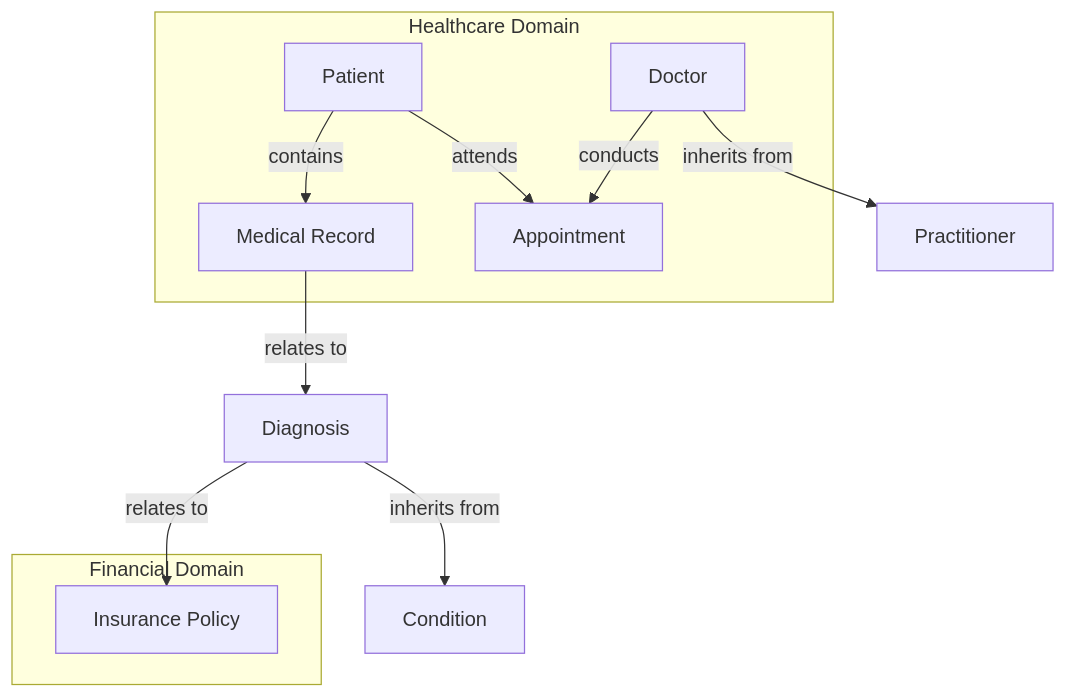
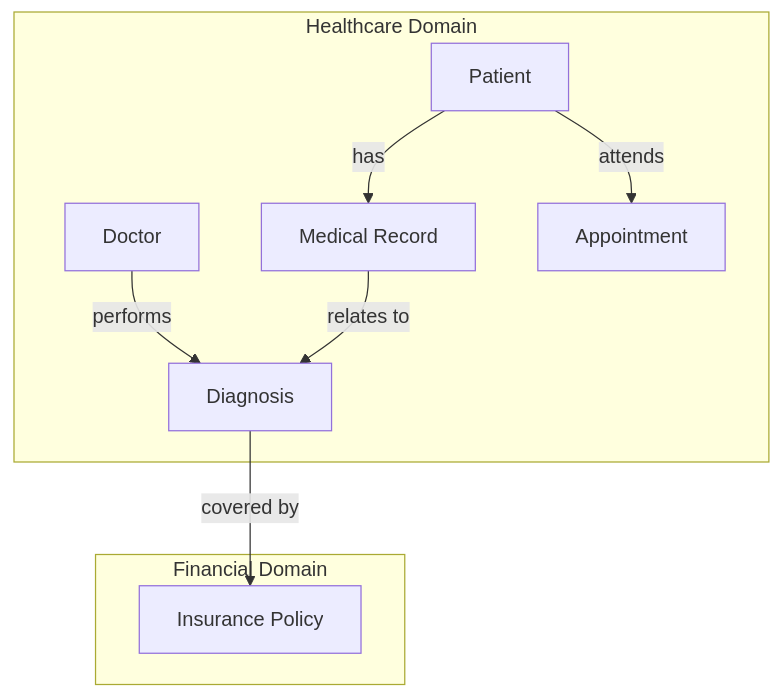
One commit to ConicuConsulting/SlappGraphs changed the second of 2 diagrams in tmp.md. Above: the diagram before and after it, drawn with Mermaid. The commit also changed other lines of this file, not shown here.

````diff
--- a/tmp.md
+++ b/tmp.md
@@ -3,23 +35,21 @@
 ```mermaid
 graph TD
 
-  subgraph Domain1[Healthcare Domain]
+  subgraph HealthcareDomain[Healthcare Domain]
     Patient[Patient]
     Doctor[Doctor]
     MedicalRecord[Medical Record]
+    Diagnosis[Diagnosis]
     Appointment[Appointment]
   end
 
-  subgraph Domain2[Financial Domain]
+  subgraph FinancialDomain[Financial Domain]
     Policy[Insurance Policy]
   end
 
-  Patient -- contains --> MedicalRecord
-  Doctor -- conducts --> Appointment
+  Patient -- has --> MedicalRecord
+  Doctor -- performs --> Diagnosis
   Patient -- attends --> Appointment
   MedicalRecord -- relates to --> Diagnosis
-  Diagnosis -- relates to --> Policy
-
-  Diagnosis -- inherits from --> Condition
-  Doctor -- inherits from --> Practitioner
+  Diagnosis -- covered by --> Policy
 ```
````
